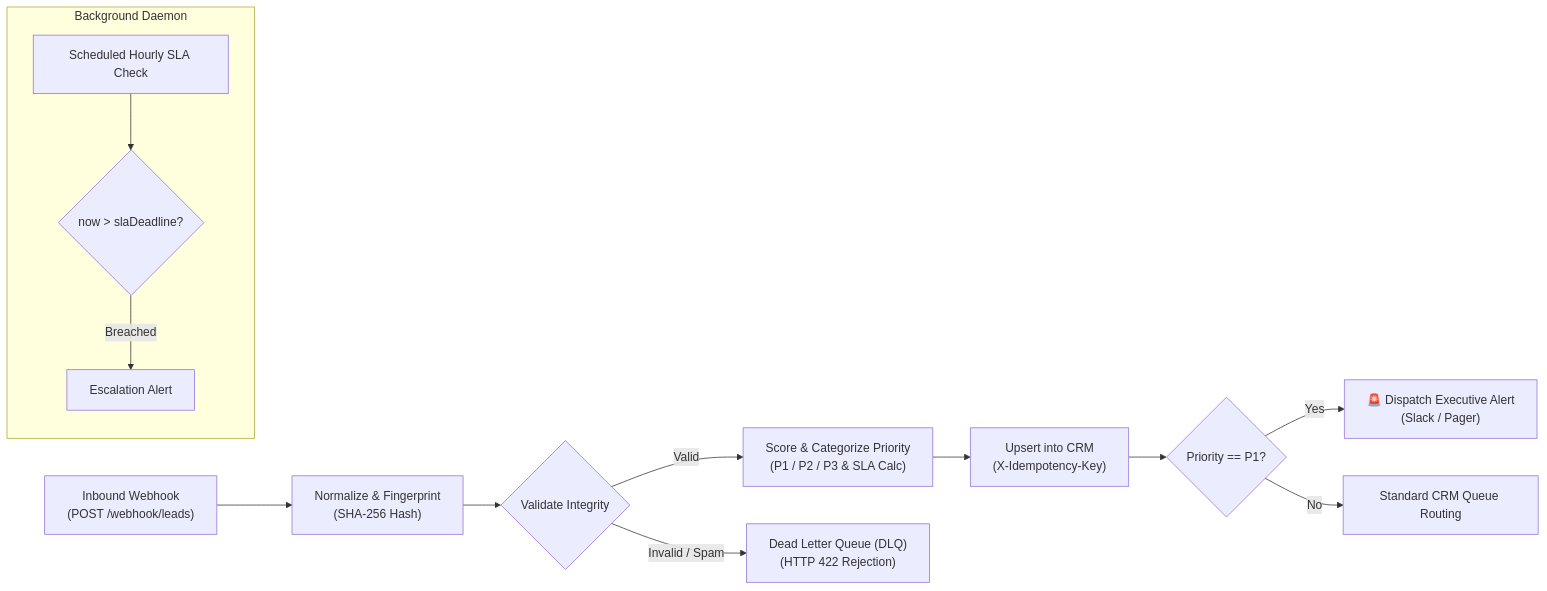
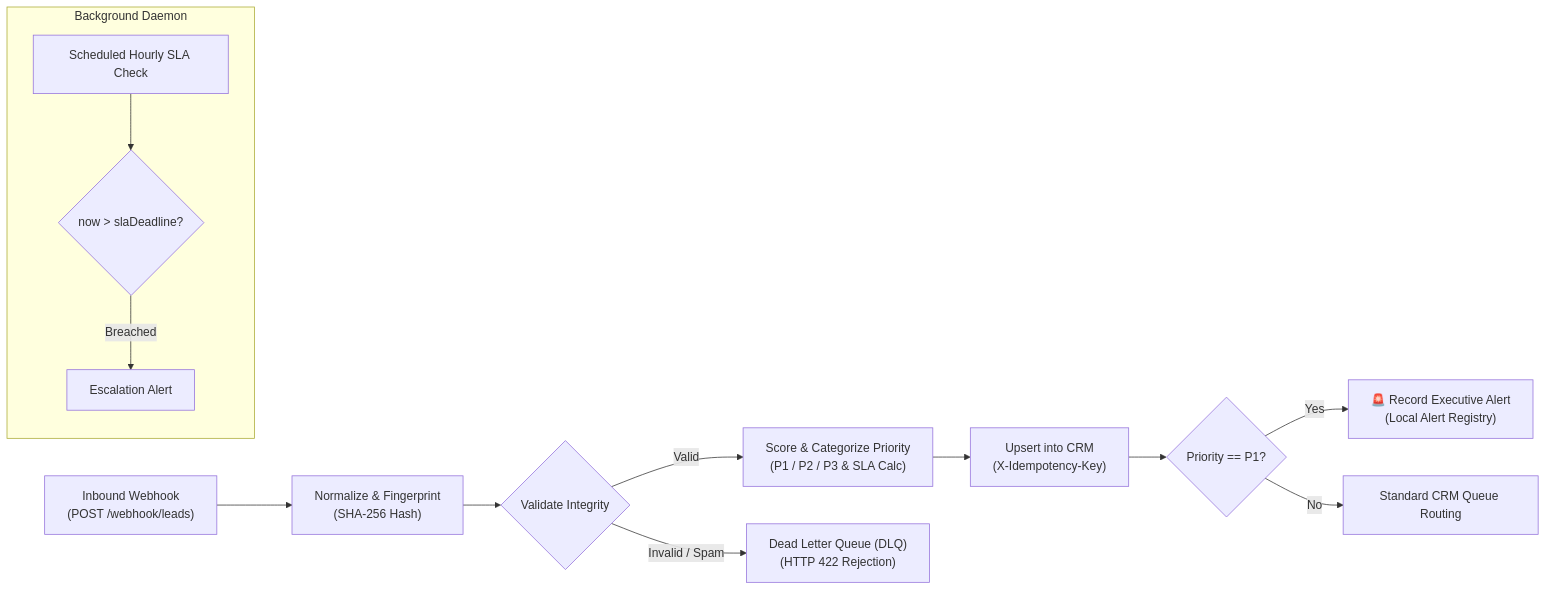
The diagram in README.md (Jk-7bod7/ai-agent-workflow-demo), drawn with Mermaid before and after one commit. The commit also changed 2 other files, not shown here.

Commit message:
docs(assets): add architecture and test results visual diagrams

````diff
--- a/README.md
+++ b/README.md
@@ -31,19 +31,19 @@
 ```mermaid
 flowchart LR
     A["Inbound Webhook<br/>(POST /webhook/leads)"] --> B["Normalize & Fingerprint<br/>(SHA-256 Hash)"]
     B --> C{"Validate Integrity"}
     
     C -->|Valid| D["Score & Categorize Priority<br/>(P1 / P2 / P3 & SLA Calc)"]
     C -->|Invalid / Spam| E["Dead Letter Queue (DLQ)<br/>(HTTP 422 Rejection)"]
     
     D --> F["Upsert into CRM<br/>(X-Idempotency-Key)"]
     F --> G{"Priority == P1?"}
     
-    G -->|Yes| H["🚨 Dispatch Executive Alert<br/>(Slack / Pager)"]
+    G -->|Yes| H["🚨 Record Executive Alert<br/>(Local Alert Registry)"]
     G -->|No| I["Standard CRM Queue Routing"]
     
     subgraph Monitoring["Background Daemon"]
         J["Scheduled Hourly SLA Check"] --> K{"now > slaDeadline?"}
         K -->|Breached| L["Escalation Alert"]
     end
 ```
````
